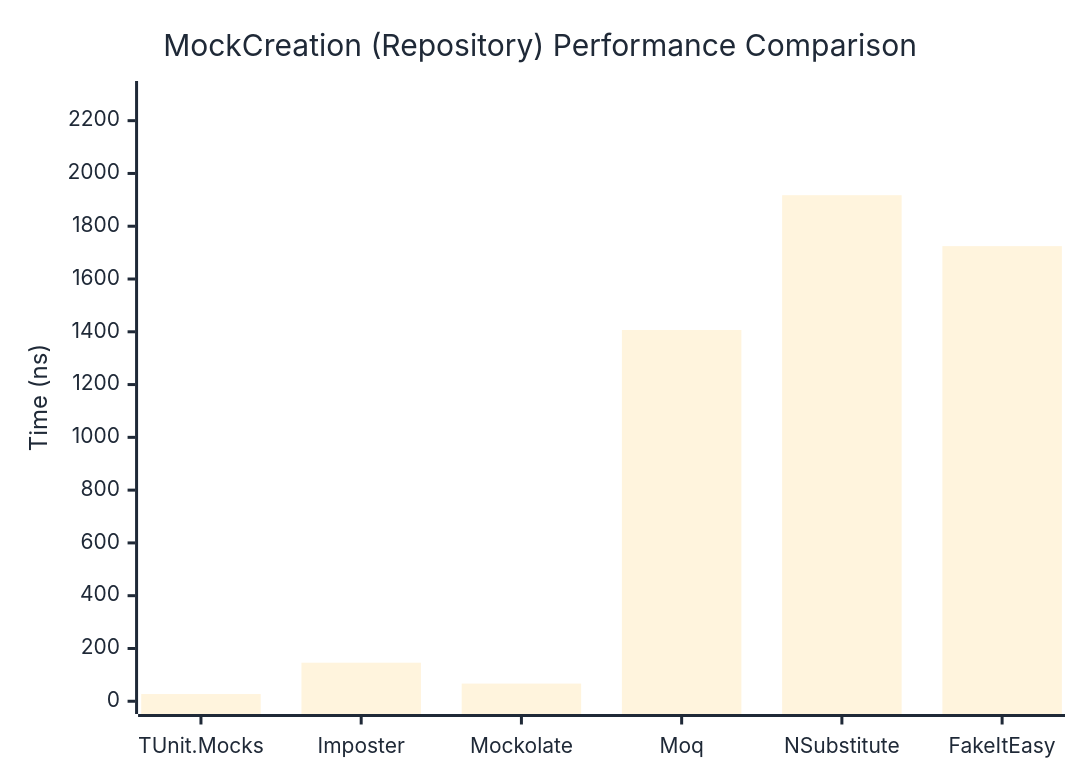
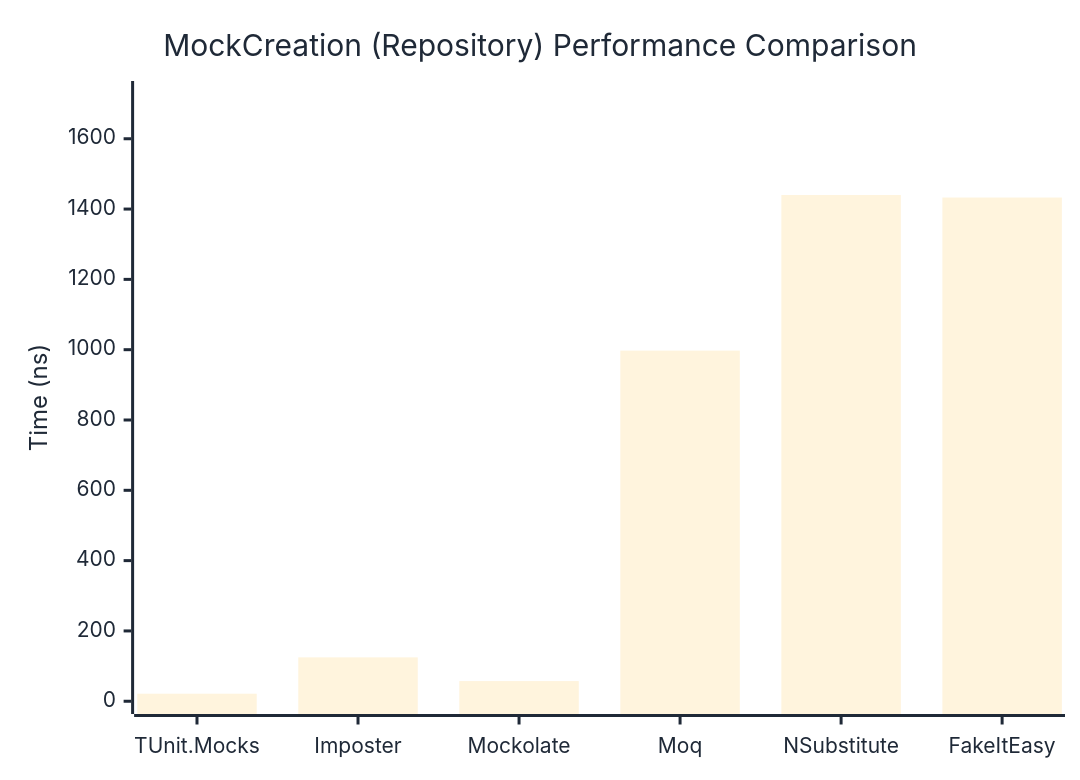
The second of 2 diagrams in docs/docs/benchmarks/mocks/MockCreation.md (thomhurst/TUnit), drawn with Mermaid before and after one commit. The commit also changed other lines of this file and 14 other files, not shown here.

````diff
--- a/docs/docs/benchmarks/mocks/MockCreation.md
+++ b/docs/docs/benchmarks/mocks/MockCreation.md
@@ -69,27 +69,27 @@
 ```mermaid
 %%{init: {
   'theme':'base',
   'themeVariables': {
     'primaryColor': '#2563eb',
     'primaryTextColor': '#1f2937',
     'primaryBorderColor': '#1e40af',
     'lineColor': '#6b7280',
     'secondaryColor': '#7c3aed',
     'tertiaryColor': '#dc2626',
     'background': '#ffffff',
     'pie1': '#2563eb',
     'pie2': '#7c3aed',
     'pie3': '#dc2626',
     'pie4': '#f59e0b',
     'pie5': '#10b981',
     'pie6': '#06b6d4',
     'pie7': '#ec4899',
     'pie8': '#6366f1'
   }
 }}%%
 xychart-beta
   title "MockCreation (Repository) Performance Comparison"
   x-axis ["TUnit.Mocks", "Imposter", "Mockolate", "Moq", "NSubstitute", "FakeItEasy"]
-  y-axis "Time (ns)" 0 --> 2302
-  bar [27.34, 146.08, 66.96, 1406.71, 1917.56, 1724.61]
+  y-axis "Time (ns)" 0 --> 1728
+  bar [21.45, 124.82, 57.36, 997.39, 1439.93, 1432.83]
 ```
````
